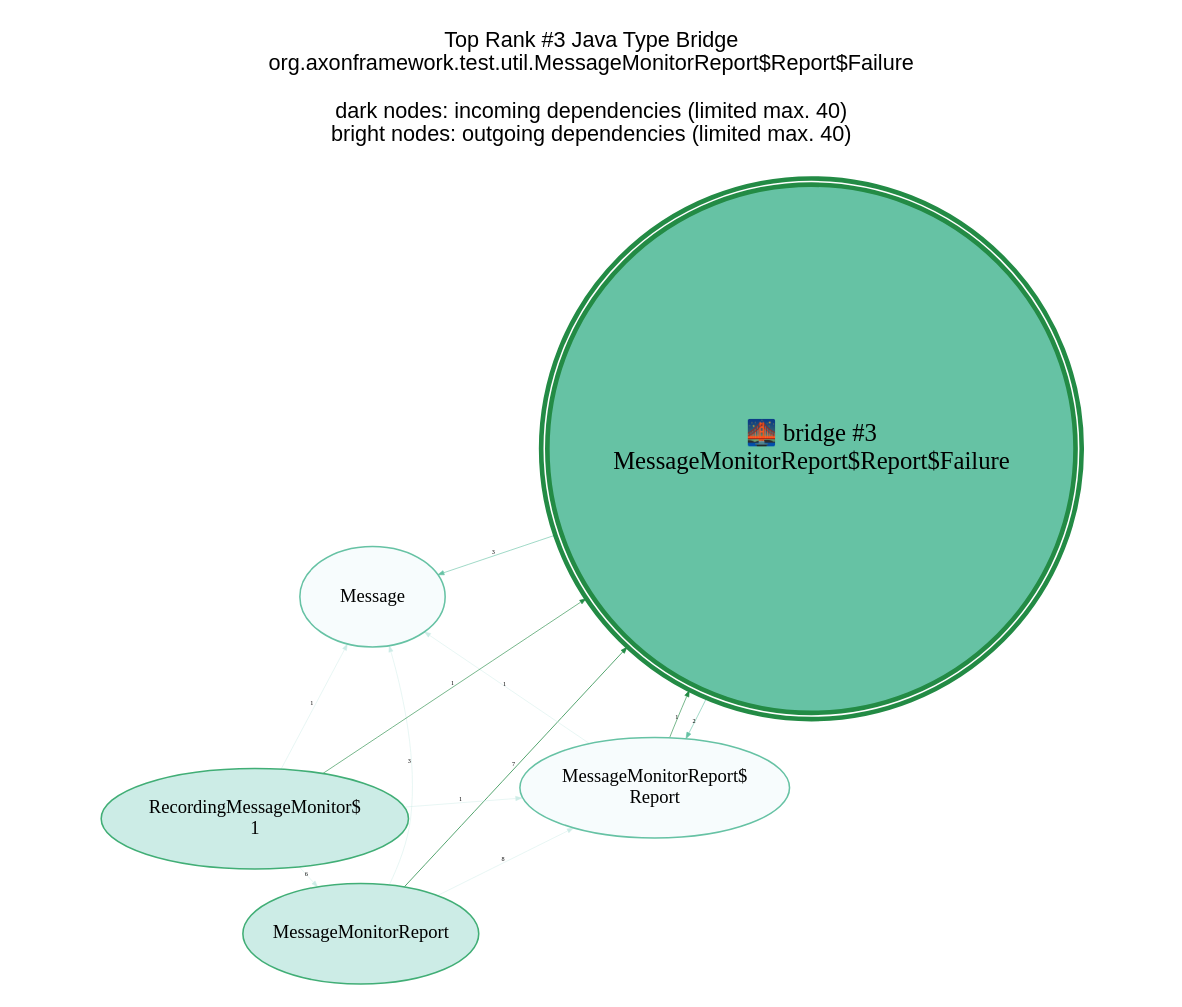
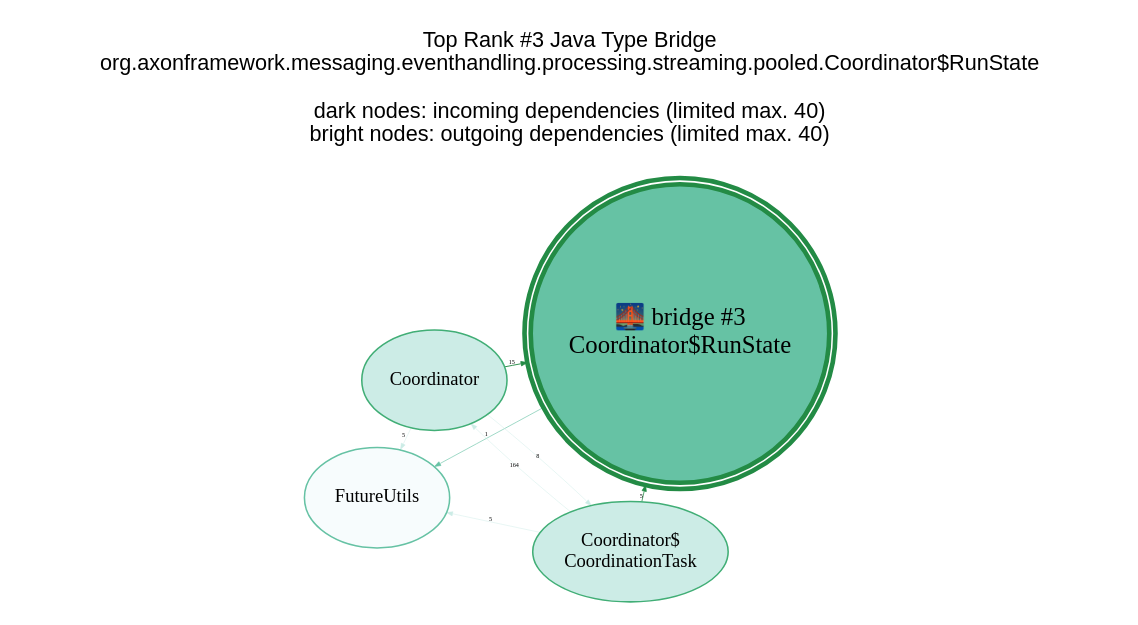
Before and after one commit to JohT/code-graph-analysis-examples: the diagram in analysis-results/AxonFramework/latest/anomaly-detection/Java_Type/GraphVisualizations/graphviz/TopBridge3.gv, drawn with Graphviz. The commit also changed 687 other files, not shown here.

```diff
--- a/analysis-results/AxonFramework/latest/anomaly-detection/Java_Type/GraphVisualizations/graphviz/TopBridge3.gv
+++ b/analysis-results/AxonFramework/latest/anomaly-detection/Java_Type/GraphVisualizations/graphviz/TopBridge3.gv
@@ -1,28 +1,24 @@
 // This GraphViz dot file was generated by the script convertQueryResultCsvToGraphVizDotFile.sh with TopCentral.template
 
 strict digraph TopBridge3 {
     graph [layout = "fdp"; start = "7"; splines = "spline"; pad = "0.8,0.1"; outputorder = "edgesfirst";];
     graph [fontname = "Helvetica,Arial,sans-serif"; labelloc = "t";];
     node [colorscheme = "bugn9"; color = 6; fillcolor = 3;];
     edge [colorscheme = "bugn9"; color = 7;];
     node [fontsize = 12; style = "filled"; margin = "0.03,0.03"; width="1.3"; height="0.9";];
     edge [fontsize = 4; arrowsize = "0.4";];
 
     central [shape = "doublecircle"; height = "2.0"; margin = "0.000001,0.000001";];
     central [fontsize = 16;];
     central [color = 7; fillcolor = 5; penwidth = 3;];
 
-	graph   [label="Top Rank #3 Java Type Bridge\norg.axonframework.test.util.MessageMonitorReport$Report$Failure\n\ndark nodes: incoming dependencies (limited max. 40)\nbright nodes: outgoing dependencies (limited max. 40)\n\n"];
-	central [label="🌉 bridge #3\nMessageMonitorReport$Report$Failure"];
-	"MessageMonitorReport_8048" [label = "MessageMonitorReport"; ]; "MessageMonitorReport_8048" -> central [label=7; weight=7; penwidth=0.5];
-	"MessageMonitorReport$Report_8414" [label = "MessageMonitorReport$\nReport"; ]; "MessageMonitorReport$Report_8414" -> central [label=1; weight=1; penwidth=0.4];
-	"RecordingMessageMonitor$1_8050" [label = "RecordingMessageMonitor$\n1"; ]; "RecordingMessageMonitor$1_8050" -> central [label=1; weight=1; penwidth=0.4];
-	"Message_28893" [label = "Message"; color = 5; fillcolor = 1; ]; central -> "Message_28893" [label=3; weight=3; penwidth=0.4; color = 5];
-	"MessageMonitorReport$Report_8414" [label = "MessageMonitorReport$\nReport"; color = 5; fillcolor = 1; ]; central -> "MessageMonitorReport$Report_8414" [label=2; weight=2; penwidth=0.4; color = 5];
-	"MessageMonitorReport_8048" -> "MessageMonitorReport$Report_8414" [label=8; weight=8; penwidth=0.3; color = 3]
-	"RecordingMessageMonitor$1_8050" -> "MessageMonitorReport_8048" [label=6; weight=6; penwidth=0.3; color = 3]
-	"MessageMonitorReport_8048" -> "Message_28893" [label=3; weight=3; penwidth=0.3; color = 3]
-	"MessageMonitorReport$Report_8414" -> "Message_28893" [label=1; weight=1; penwidth=0.3; color = 3]
-	"RecordingMessageMonitor$1_8050" -> "Message_28893" [label=1; weight=1; penwidth=0.3; color = 3]
-	"RecordingMessageMonitor$1_8050" -> "MessageMonitorReport$Report_8414" [label=1; weight=1; penwidth=0.3; color = 3]
+	graph   [label="Top Rank #3 Java Type Bridge\norg.axonframework.messaging.eventhandling.processing.streaming.pooled.Coordinator$RunState\n\ndark nodes: incoming dependencies (limited max. 40)\nbright nodes: outgoing dependencies (limited max. 40)\n\n"];
+	central [label="🌉 bridge #3\nCoordinator$RunState"];
+	"Coordinator_36729" [label = "Coordinator"; ]; "Coordinator_36729" -> central [label=15; weight=15; penwidth=0.6];
+	"Coordinator$CoordinationTask_36715" [label = "Coordinator$\nCoordinationTask"; ]; "Coordinator$CoordinationTask_36715" -> central [label=5; weight=5; penwidth=0.5];
+	"FutureUtils_4072" [label = "FutureUtils"; color = 5; fillcolor = 1; ]; central -> "FutureUtils_4072" [label=1; weight=1; penwidth=0.4; color = 5];
+	"Coordinator$CoordinationTask_36715" -> "Coordinator_36729" [label=164; weight=164; penwidth=0.3; color = 3]
+	"Coordinator_36729" -> "Coordinator$CoordinationTask_36715" [label=8; weight=8; penwidth=0.3; color = 3]
+	"Coordinator_36729" -> "FutureUtils_4072" [label=5; weight=5; penwidth=0.3; color = 3]
+	"Coordinator$CoordinationTask_36715" -> "FutureUtils_4072" [label=5; weight=5; penwidth=0.3; color = 3]
 }
```
